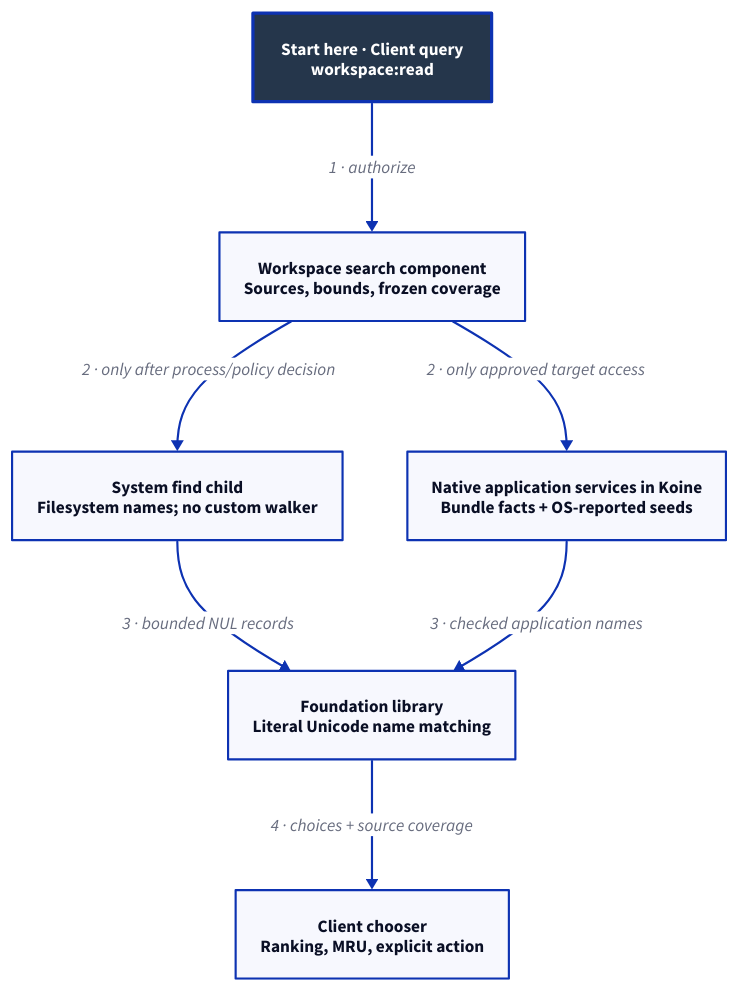
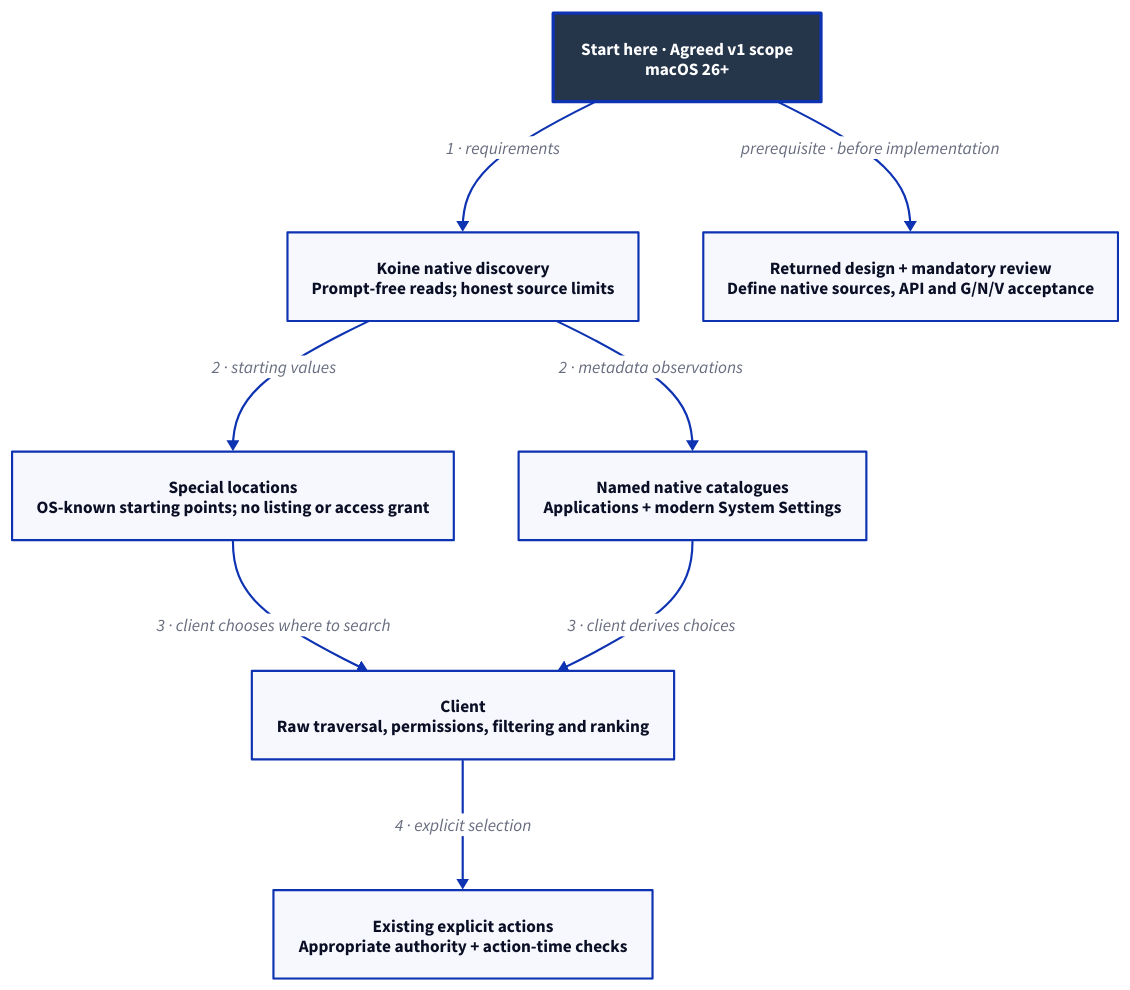
The diagram in docs/design/architecture/search-discovery.d2 (Linkuistics/Koine), drawn with D2 before and after one commit. The commit also changed 138 other files, not shown here.

First line of the commit message:
Move raw search to clients and define v1 native discovery (search-tool-permissions-k196)

```diff
--- a/docs/design/architecture/search-discovery.d2
+++ b/docs/design/architecture/search-discovery.d2
@@ -1,17 +1,19 @@
-# Selected mechanism, subject to human choices/review/native acceptance.
+# Agreed requirements boundary; native API and mechanisms await design/review.
 direction: down
 classes: {
   start: {style: {fill: "#25364B"; font-color: "#FFFFFF"; bold: true; stroke-width: 3}}
 }
-Start: "Start here · Client query\nworkspace:read" {class: start}
-Workspace: "Workspace search component\nSources, bounds, frozen coverage"
-Find: "System find child\nFilesystem names; no custom walker"
-Foundation: "Foundation library\nLiteral Unicode name matching"
-Native: "Native application services in Koine\nBundle facts + OS-reported seeds"
-Client: "Client chooser\nRanking, MRU, explicit action"
-Start -> Workspace: "1 · authorize"
-Workspace -> Find: "2 · only after process/policy decision"
-Workspace -> Native: "2 · only approved target access"
-Find -> Foundation: "3 · bounded NUL records"
-Native -> Foundation: "3 · checked application names"
-Foundation -> Client: "4 · choices + source coverage"
+Start: "Start here · Agreed v1 scope\nmacOS 26+" {class: start}
+Koine: "Koine native discovery\nPrompt-free reads; honest source limits"
+Locations: "Special locations\nOS-known starting points; no listing or access grant"
+Catalogues: "Named native catalogues\nApplications + modern System Settings"
+Client: "Client\nRaw traversal, permissions, filtering and ranking"
+Actions: "Existing explicit actions\nAppropriate authority + action-time checks"
+Design: "Returned design + mandatory review\nDefine native sources, API and G/N/V acceptance"
+Start -> Koine: "1 · requirements"
+Koine -> Locations: "2 · starting values"
+Koine -> Catalogues: "2 · metadata observations"
+Locations -> Client: "3 · client chooses where to search"
+Catalogues -> Client: "3 · client derives choices"
+Client -> Actions: "4 · explicit selection"
+Start -> Design: "prerequisite · before implementation"
```
